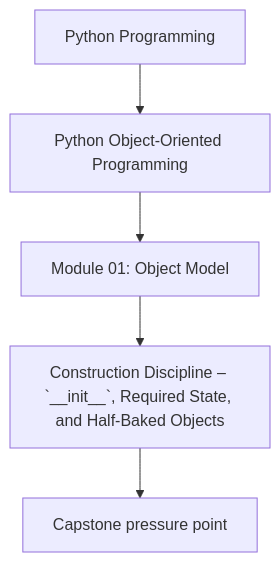
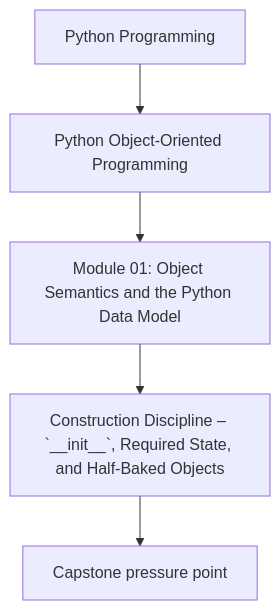
The first of 2 diagrams in programs/python-programming/python-object-oriented-programming/course-book/module-01-object-model/construction-discipline-and-invariants.md (bijux/bijux-masterclass), drawn with Mermaid before and after one commit. The commit also changed 241 other files, not shown here.

````diff
--- a/programs/python-programming/python-object-oriented-programming/course-book/module-01-object-model/construction-discipline-and-invariants.md
+++ b/programs/python-programming/python-object-oriented-programming/course-book/module-01-object-model/construction-discipline-and-invariants.md
@@ -7,7 +7,7 @@
 ```mermaid
 flowchart TD
   family["Python Programming"] --> program["Python Object-Oriented Programming"]
-  program --> module["Module 01: Object Model"]
+  program --> module["Module 01: Object Semantics and the Python Data Model"]
   module --> concept["Construction Discipline – `__init__`, Required State, and Half-Baked Objects"]
   concept --> capstone["Capstone pressure point"]
 ```
````
